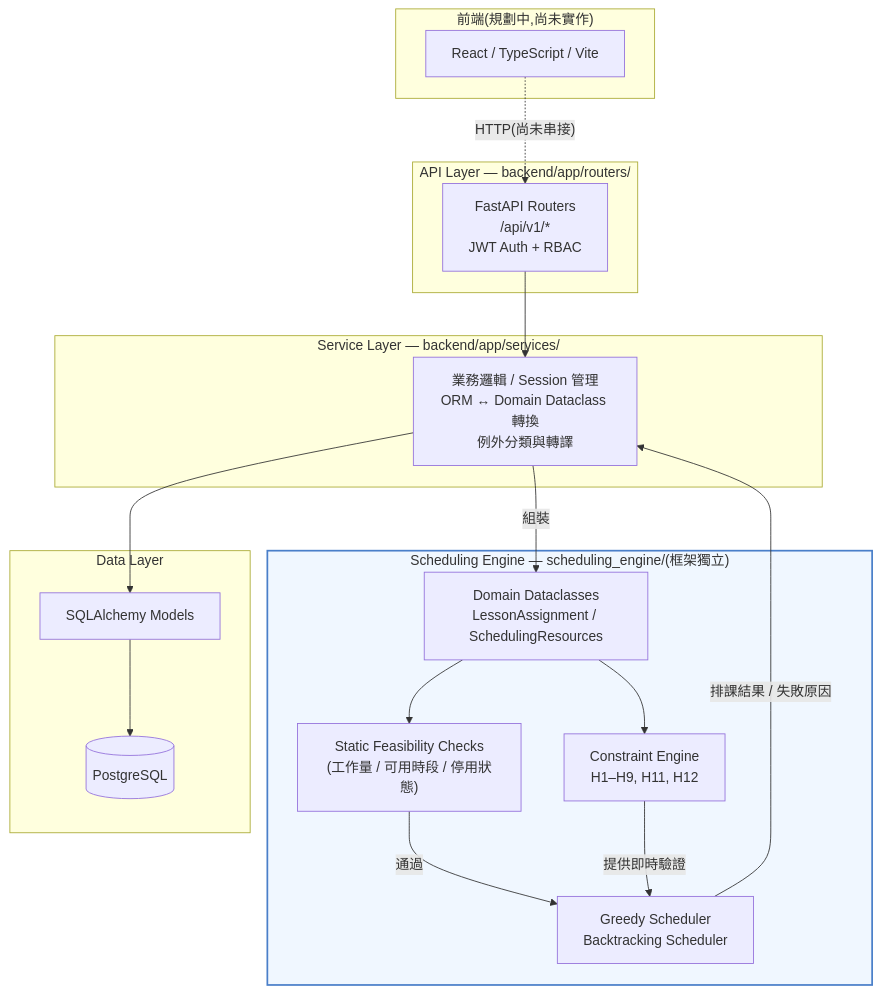
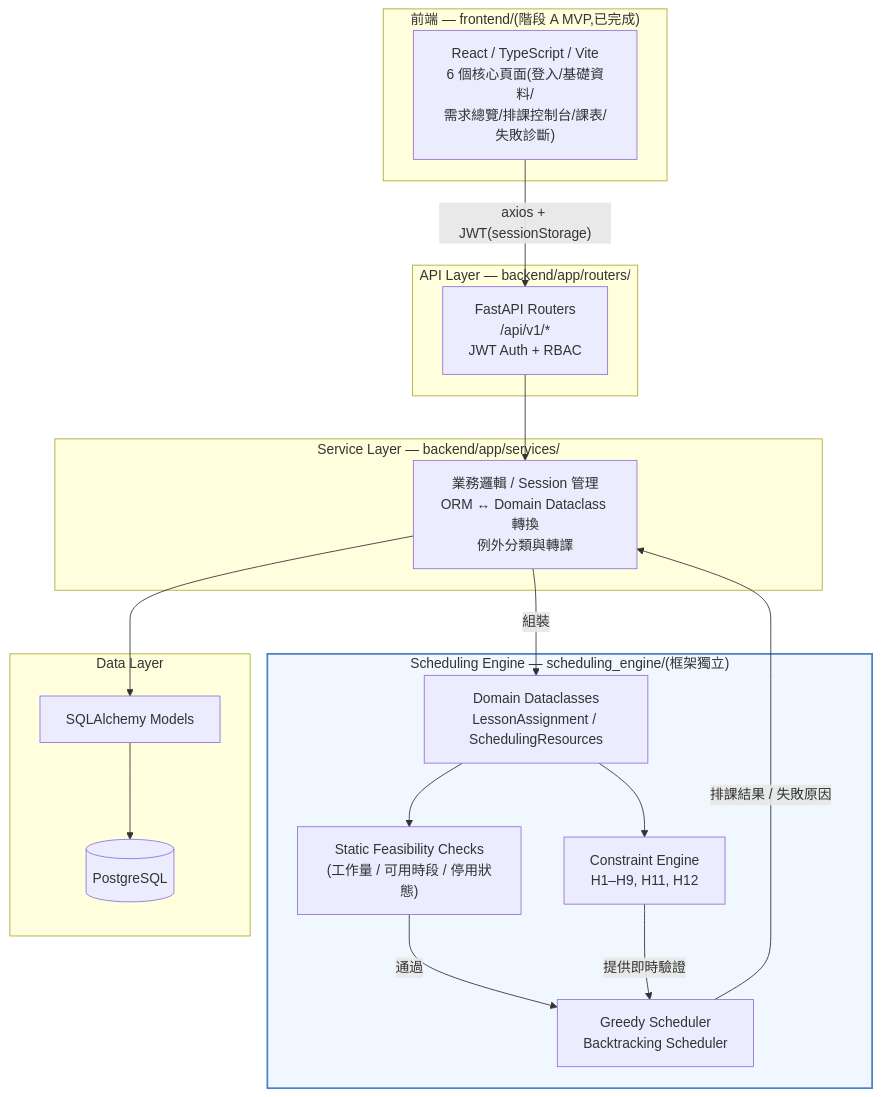
The first of 2 diagrams in docs/SYSTEM_DESIGN.md (aaachun18/elementary-school-timetable), drawn with Mermaid before and after one commit. The commit also changed other lines of this file, not shown here.

Commit message:
Update system design doc: add frontend architecture, failure diagnostics walkthrough, and 4 real debugging case studies

````diff
--- a/docs/SYSTEM_DESIGN.md
+++ b/docs/SYSTEM_DESIGN.md
@@ -15,39 +15,39 @@
 ```mermaid
 flowchart TB
-    subgraph Client["前端(規劃中,尚未實作)"]
-        React["React / TypeScript / Vite"]
+    subgraph Client["前端 — frontend/(階段 A MVP,已完成)"]
+        React["React / TypeScript / Vite<br/>6 個核心頁面(登入/基礎資料/<br/>需求總覽/排課控制台/課表/失敗診斷)"]
     end
 
     subgraph API["API Layer — backend/app/routers/"]
         FastAPI["FastAPI Routers<br/>/api/v1/*<br/>JWT Auth + RBAC"]
     end
 
     subgraph Service["Service Layer — backend/app/services/"]
         SVC["業務邏輯 / Session 管理<br/>ORM ↔ Domain Dataclass 轉換<br/>例外分類與轉譯"]
     end
 
     subgraph Engine["Scheduling Engine — scheduling_engine/(框架獨立)"]
         Domain["Domain Dataclasses<br/>LessonAssignment / SchedulingResources"]
         Static["Static Feasibility Checks<br/>(工作量 / 可用時段 / 停用狀態)"]
         Constraints["Constraint Engine<br/>H1–H9, H11, H12"]
         Algo["Greedy Scheduler<br/>Backtracking Scheduler"]
     end
 
     subgraph Data["Data Layer"]
         ORM["SQLAlchemy Models"]
         PG[("PostgreSQL")]
     end
 
-    React -. HTTP(尚未串接) .-> FastAPI
+    React -->|"axios + JWT(sessionStorage)"| FastAPI
     FastAPI --> SVC
     SVC -->|"組裝"| Domain
     Domain --> Static
     Static -->|"通過"| Algo
     Domain --> Constraints
     Constraints -->|"提供即時驗證"| Algo
     Algo -->|"排課結果 / 失敗原因"| SVC
     SVC --> ORM
     ORM --> PG
 
     style Engine fill:#f0f7ff,stroke:#4a7fc9,stroke-width:2px
 ```
````
